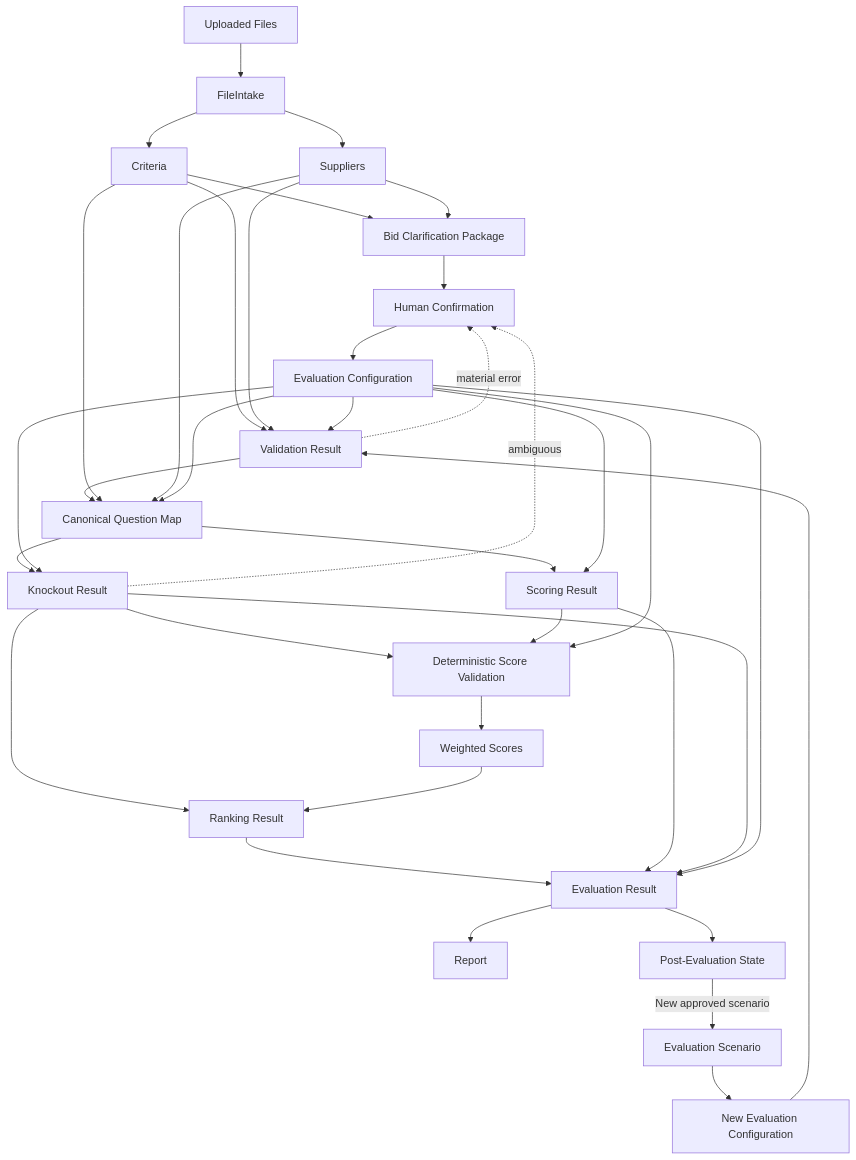
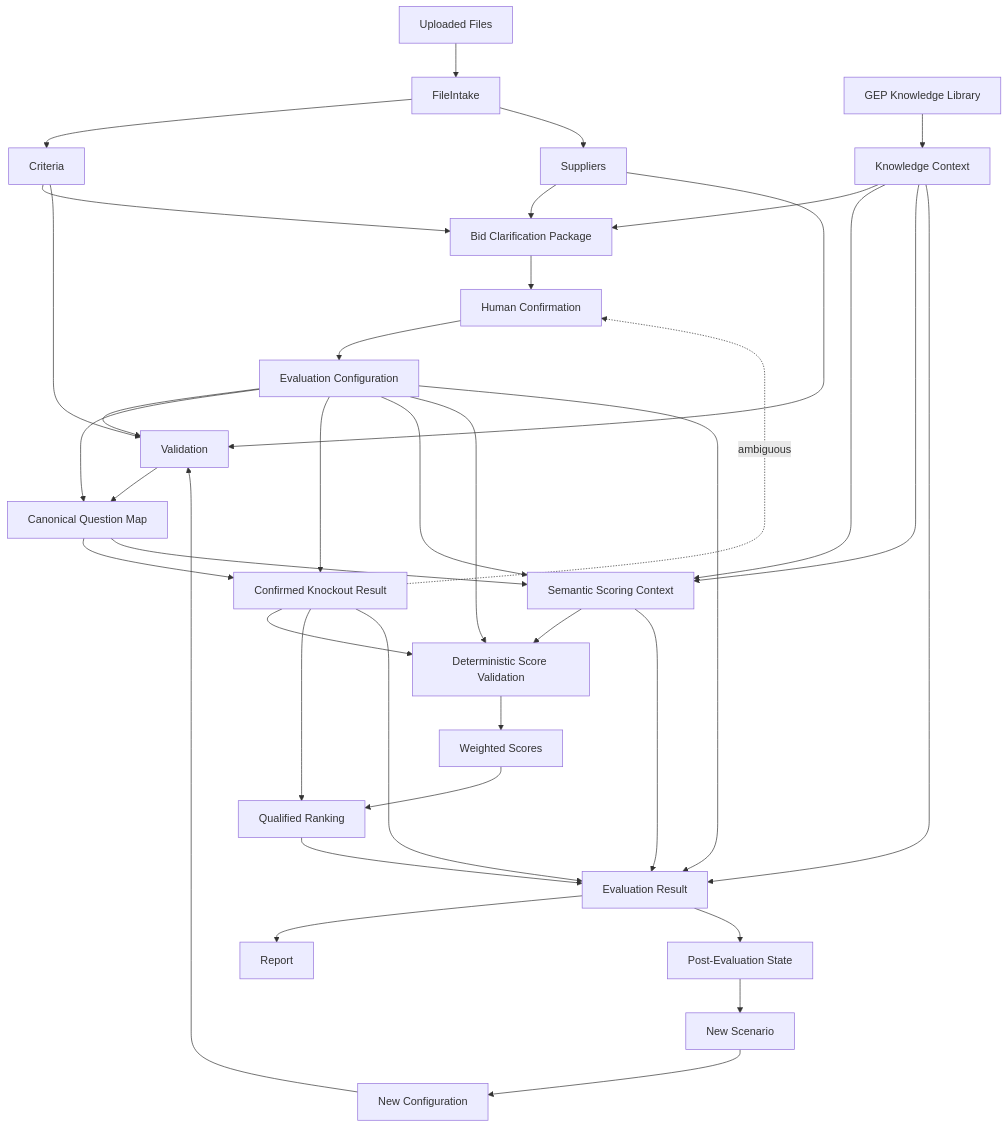
The diagram in Bid Analysis Agent/09-JSON Schemas.md (adityarane-ai/Agentic-Orchestrations), drawn with Mermaid before and after one commit. The commit also changed other lines of this file, not shown here.

Commit message:
Add knowledge context schema and GEP governance to JSON contracts

````diff
--- a/Bid Analysis Agent/09-JSON Schemas.md
+++ b/Bid Analysis Agent/09-JSON Schemas.md
@@ -21,46 +13,46 @@
 ```mermaid
 flowchart TB
     FILES[Uploaded Files] --> FI[FileIntake]
     FI --> CRIT[Criteria]
     FI --> SUP[Suppliers]
 
-    CRIT --> CLAR[Bid Clarification Package]
+    K[GEP Knowledge Library] --> KC[Knowledge Context]
+    KC --> CLAR[Bid Clarification Package]
+    KC --> SCORE[Semantic Scoring Context]
+
+    CRIT --> CLAR
     SUP --> CLAR
     CLAR --> HUMAN[Human Confirmation]
     HUMAN --> CFG[Evaluation Configuration]
 
-    CRIT --> VAL[Validation Result]
+    CRIT --> VAL[Validation]
     SUP --> VAL
     CFG --> VAL
-
     VAL --> CAN[Canonical Question Map]
-    CRIT --> CAN
-    SUP --> CAN
     CFG --> CAN
-
-    CAN --> KO[Knockout Result]
+    CAN --> KO[Confirmed Knockout Result]
     CFG --> KO
-    CAN --> SCORE[Scoring Result]
+    CAN --> SCORE
     CFG --> SCORE
+    KC --> SCORE
 
     KO --> SCOREVAL[Deterministic Score Validation]
     SCORE --> SCOREVAL
     CFG --> SCOREVAL
-
     SCOREVAL --> WS[Weighted Scores]
-    KO --> RANK[Ranking Result]
-    WS --> RANK
-
-    KO -. ambiguous .-> HUMAN
-    VAL -. material error .-> HUMAN
+    WS --> RANK[Qualified Ranking]
+    KO --> RANK
 
     RANK --> ER[Evaluation Result]
     SCORE --> ER
     KO --> ER
     CFG --> ER
+    KC --> ER
     ER --> REPORT[Report]
     ER --> QA[Post-Evaluation State]
-    QA -->|New approved scenario| SCEN[Evaluation Scenario]
-    SCEN --> CFG2[New Evaluation Configuration]
+    QA --> SCEN[New Scenario]
+    SCEN --> CFG2[New Configuration]
     CFG2 --> VAL
+
+    KO -. ambiguous .-> HUMAN
 ```
````
